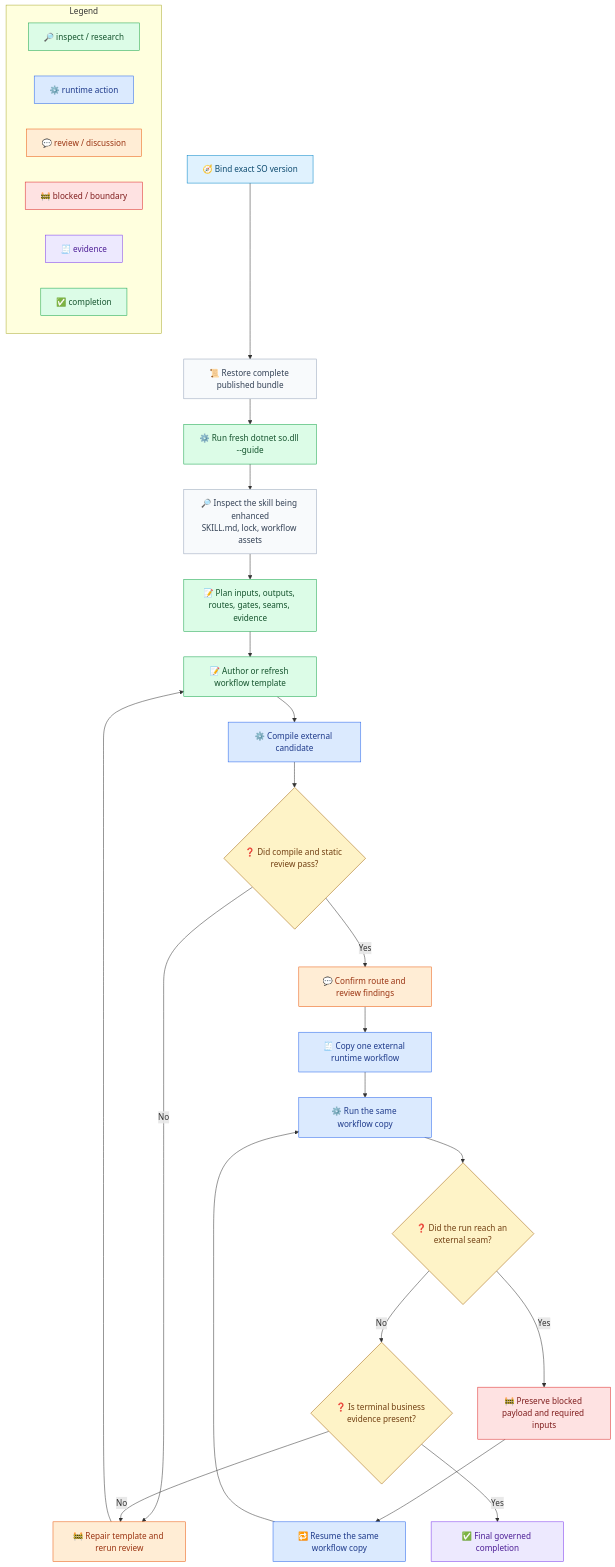
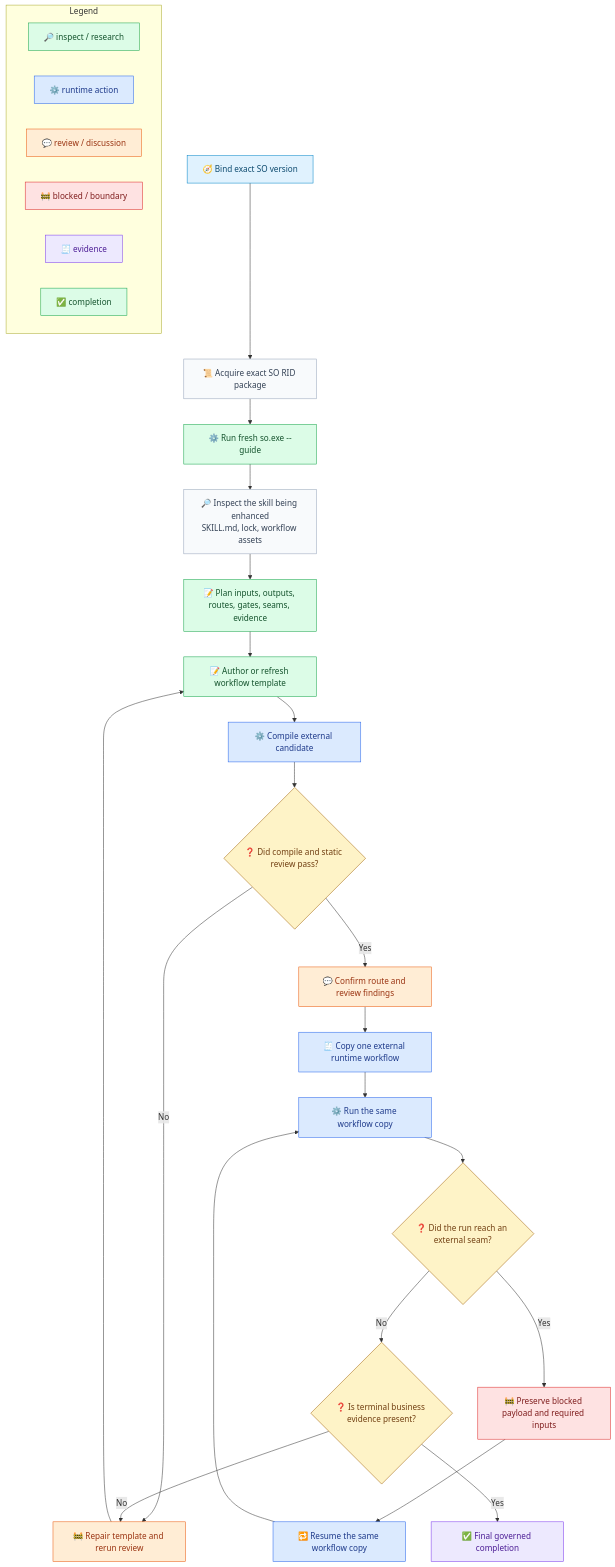
One commit to waynebaby/Techne-Loom changed the diagram in docs/en/guides/so-guide-flow.md. Above: the diagram before and after it, drawn with Mermaid. The commit also changed other lines of this file and 170 other files, not shown here.

First line of the commit message:
Migrate Loom runtimes to exact-RID apphosts / 将 Loom 运行时迁移到精确 RID apphost

````diff
--- a/docs/en/guides/so-guide-flow.md
+++ b/docs/en/guides/so-guide-flow.md
@@ -23,54 +23,54 @@
 ```mermaid
 flowchart TD
-    A["🧭 Bind exact SO version"] --> B["📜 Restore complete published bundle"]
-    B --> C["⚙️ Run fresh dotnet so.dll --guide"]
+    A["🧭 Bind exact SO version"] --> B["📜 Acquire exact SO RID package"]
+    B --> C["⚙️ Run fresh so.exe --guide"]
     C --> D["🔎 Inspect the skill being enhanced\nSKILL.md, lock, workflow assets"]
     D --> E["📝 Plan inputs, outputs, routes, gates, seams, evidence"]
     E --> F["📝 Author or refresh workflow template"]
     F --> G["⚙️ Compile external candidate"]
     G --> H{"❓ Did compile and static review pass?"}
     H -- "No" --> I["🚧 Repair template and rerun review"]
     I --> F
     H -- "Yes" --> J["💬 Confirm route and review findings"]
     J --> K["🧾 Copy one external runtime workflow"]
     K --> L["⚙️ Run the same workflow copy"]
     L --> M{"❓ Did the run reach an external seam?"}
     M -- "Yes" --> N["🚧 Preserve blocked payload and required inputs"]
     N --> O["🔁 Resume the same workflow copy"]
     O --> L
     M -- "No" --> P{"❓ Is terminal business evidence present?"}
     P -- "No" --> I
     P -- "Yes" --> Q["✅ Final governed completion"]
 
     classDef intake fill:#e0f2fe,stroke:#0284c7,color:#0c4a6e;
     classDef contract fill:#f8fafc,stroke:#94a3b8,color:#334155;
     classDef inspect fill:#dcfce7,stroke:#16a34a,color:#14532d;
     classDef runtime fill:#dbeafe,stroke:#2563eb,color:#1e3a8a;
     classDef review fill:#ffedd5,stroke:#ea580c,color:#9a3412;
     classDef blocked fill:#fee2e2,stroke:#dc2626,color:#7f1d1d;
     classDef decision fill:#fef3c7,stroke:#a16207,color:#713f12;
     classDef evidence fill:#ede9fe,stroke:#7c3aed,color:#4c1d95;
     classDef done fill:#dcfce7,stroke:#16a34a,color:#14532d;
     class A intake;
     class B,D contract;
     class C,E,F inspect;
     class G,K,L,O runtime;
     class I,J review;
     class N blocked;
     class H,M,P decision;
     class Q evidence;
     subgraph legend["Legend"]
         Z1["🔎 inspect / research"]
         Z2["⚙️ runtime action"]
         Z3["💬 review / discussion"]
         Z4["🚧 blocked / boundary"]
         Z5["🧾 evidence"]
         Z6["✅ completion"]
     end
     class Z1 inspect;
     class Z2 runtime;
     class Z3 review;
     class Z4 blocked;
     class Z5 evidence;
     class Z6 done;
 ```
````
